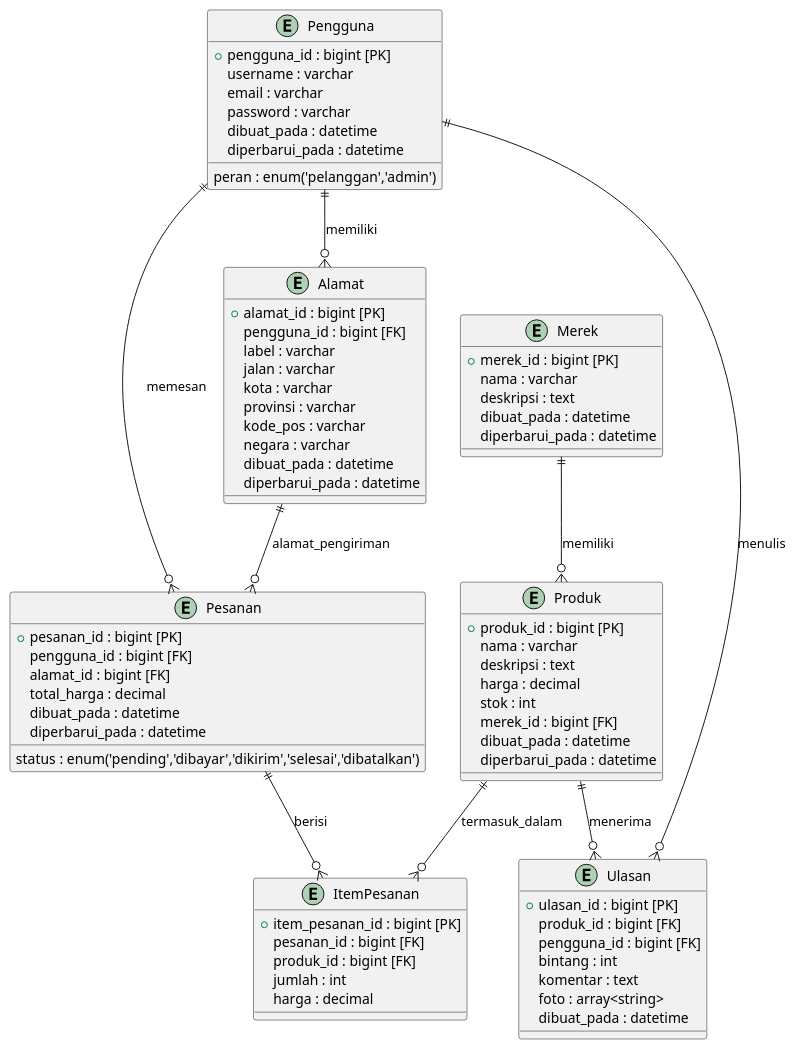
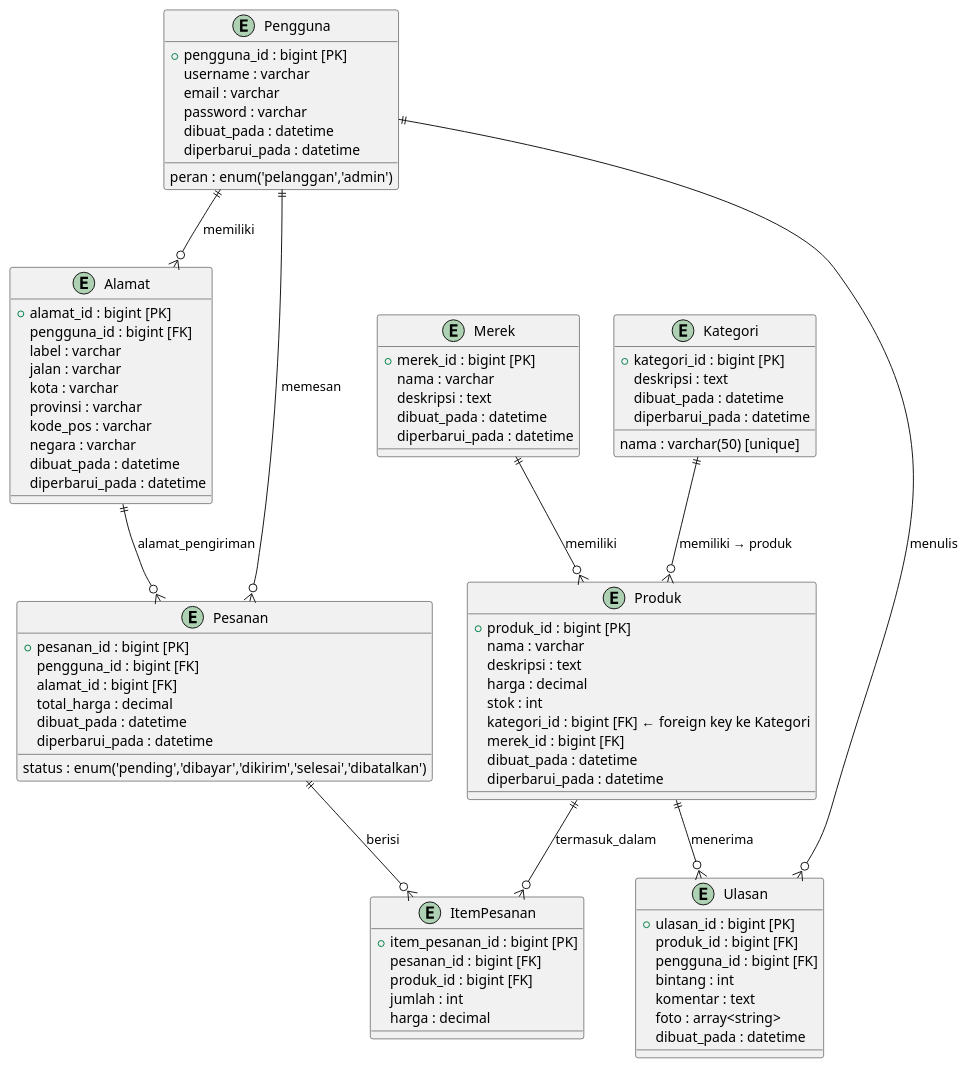
One commit to andrr64/PojokKamera-Online-Shop changed the diagram in document/ERD.puml. Above: the diagram before and after it, drawn with PlantUML. The commit also changed 14 other files, not shown here.

```diff
--- a/document/ERD.puml
+++ b/document/ERD.puml
@@ -1,82 +1,93 @@
 @startuml
 ' Definisikan entitas
 entity "Pengguna" as Pengguna {
     +pengguna_id : bigint [PK]
     username : varchar
     email : varchar
     password : varchar
     peran : enum('pelanggan','admin')
     dibuat_pada : datetime
     diperbarui_pada : datetime
 }
 
 entity "Alamat" as Alamat {
     +alamat_id : bigint [PK]
     pengguna_id : bigint [FK]
     label : varchar
     jalan : varchar
     kota : varchar
     provinsi : varchar
     kode_pos : varchar
     negara : varchar
     dibuat_pada : datetime
     diperbarui_pada : datetime
 }
 
 entity "Merek" as Merek {
     +merek_id : bigint [PK]
     nama : varchar
     deskripsi : text
     dibuat_pada : datetime
     diperbarui_pada : datetime
 }
 
+entity "Kategori" as Kategori {
+    +kategori_id : bigint [PK]
+    nama : varchar(50) [unique]
+    deskripsi : text
+    dibuat_pada : datetime
+    diperbarui_pada : datetime
+}
+
 entity "Produk" as Produk {
     +produk_id : bigint [PK]
     nama : varchar
     deskripsi : text
     harga : decimal
     stok : int
+    kategori_id : bigint [FK]  ← foreign key ke Kategori
     merek_id : bigint [FK]
     dibuat_pada : datetime
     diperbarui_pada : datetime
 }
+
 
 entity "Ulasan" as Ulasan {
     +ulasan_id : bigint [PK]
     produk_id : bigint [FK]
     pengguna_id : bigint [FK]
     bintang : int
     komentar : text
     foto : array<string>
     dibuat_pada : datetime
 }
 
 entity "Pesanan" as Pesanan {
     +pesanan_id : bigint [PK]
     pengguna_id : bigint [FK]
     alamat_id : bigint [FK]
     total_harga : decimal
     status : enum('pending','dibayar','dikirim','selesai','dibatalkan')
     dibuat_pada : datetime
     diperbarui_pada : datetime
 }
 
 entity "ItemPesanan" as ItemPesanan {
     +item_pesanan_id : bigint [PK]
     pesanan_id : bigint [FK]
     produk_id : bigint [FK]
     jumlah : int
     harga : decimal
 }
 
 ' Relasi antar entitas
 Pengguna ||--o{ Alamat : memiliki
 Pengguna ||--o{ Ulasan : menulis
 Pengguna ||--o{ Pesanan : memesan
 Merek ||--o{ Produk : memiliki
 Produk ||--o{ Ulasan : menerima
 Pesanan ||--o{ ItemPesanan : berisi
 Produk ||--o{ ItemPesanan : termasuk_dalam
 Alamat ||--o{ Pesanan : alamat_pengiriman
+Kategori ||--o{ Produk : "memiliki → produk"
 @enduml
```
